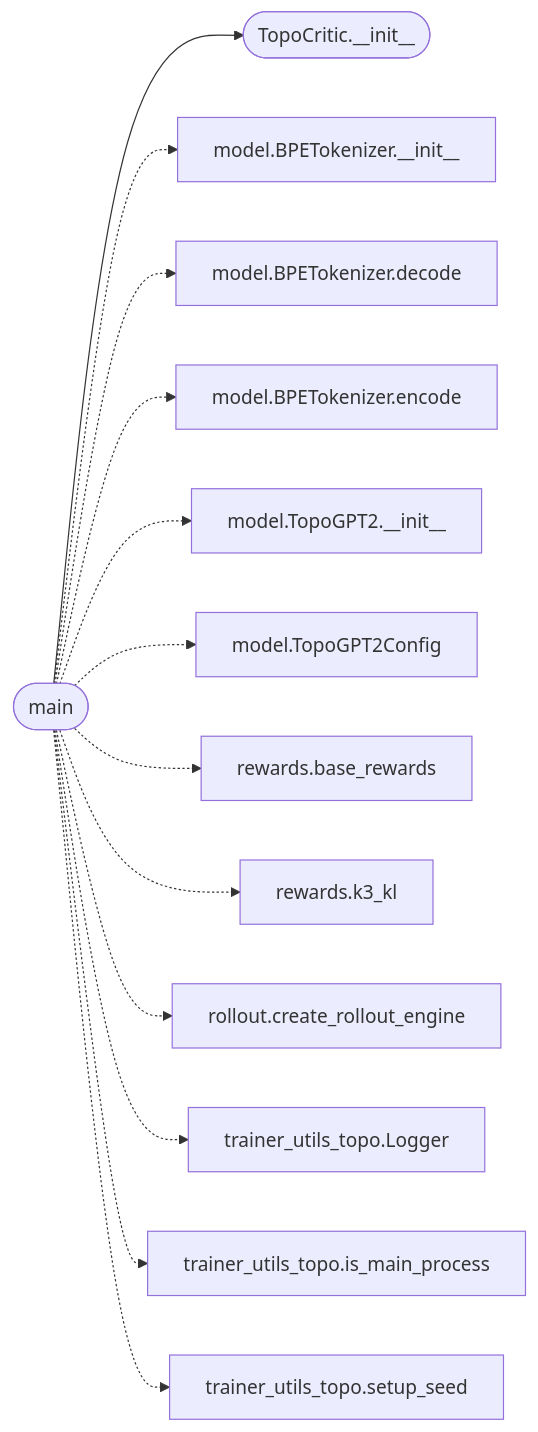
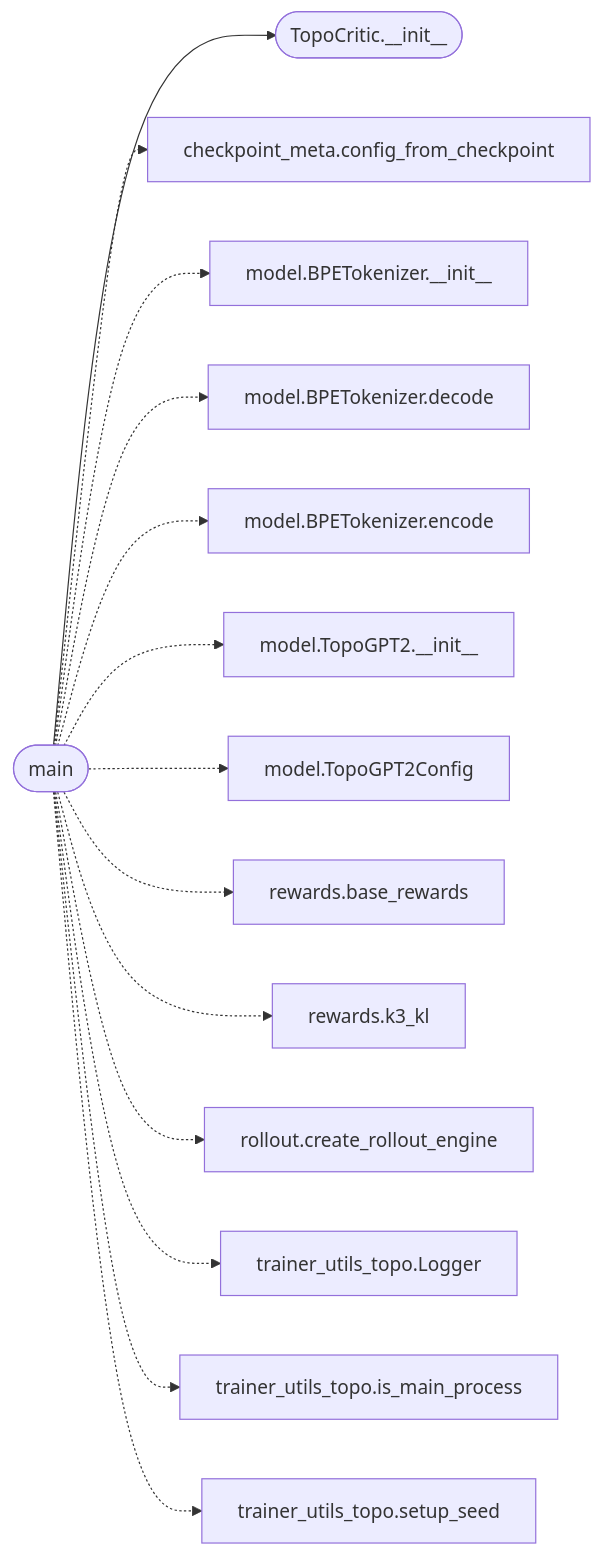
Before and after one commit to grisuno/TopoGPT3: the second of 2 diagrams in readmenator-apidocs/modules/topogpt3.train_ppo.py.md, drawn with Mermaid. The commit also changed other lines of this file and 185 other files, not shown here.

````diff
--- a/readmenator-apidocs/modules/topogpt3.train_ppo.py.md
+++ b/readmenator-apidocs/modules/topogpt3.train_ppo.py.md
@@ -30,28 +30,30 @@
 ```mermaid
 flowchart LR
     n_topogpt3_train_ppo_py__main(["main"])
     n_topogpt3_train_ppo_py__TopoCritic___init__(["TopoCritic.__init__"])
+    n_topogpt3_checkpoint_meta_py__config_from_checkpoint["checkpoint_meta.config_from_checkpoint"]
     n_topogpt3_model_py__BPETokenizer___init__["model.BPETokenizer.__init__"]
     n_topogpt3_model_py__BPETokenizer_decode["model.BPETokenizer.decode"]
     n_topogpt3_model_py__BPETokenizer_encode["model.BPETokenizer.encode"]
     n_topogpt3_model_py__TopoGPT2___init__["model.TopoGPT2.__init__"]
     n_topogpt3_model_py__TopoGPT2Config["model.TopoGPT2Config"]
     n_topogpt3_rewards_py__base_rewards["rewards.base_rewards"]
     n_topogpt3_rewards_py__k3_kl["rewards.k3_kl"]
     n_topogpt3_rollout_py__create_rollout_engine["rollout.create_rollout_engine"]
     n_topogpt3_trainer_utils_topo_py__Logger["trainer_utils_topo.Logger"]
     n_topogpt3_trainer_utils_topo_py__is_main_process["trainer_utils_topo.is_main_process"]
     n_topogpt3_trainer_utils_topo_py__setup_seed["trainer_utils_topo.setup_seed"]
     n_topogpt3_train_ppo_py__main --> n_topogpt3_train_ppo_py__TopoCritic___init__
+    n_topogpt3_train_ppo_py__main -.-> n_topogpt3_checkpoint_meta_py__config_from_checkpoint
     n_topogpt3_train_ppo_py__main -.-> n_topogpt3_model_py__BPETokenizer___init__
     n_topogpt3_train_ppo_py__main -.-> n_topogpt3_model_py__BPETokenizer_decode
     n_topogpt3_train_ppo_py__main -.-> n_topogpt3_model_py__BPETokenizer_encode
     n_topogpt3_train_ppo_py__main -.-> n_topogpt3_model_py__TopoGPT2___init__
     n_topogpt3_train_ppo_py__main -.-> n_topogpt3_model_py__TopoGPT2Config
     n_topogpt3_train_ppo_py__main -.-> n_topogpt3_rewards_py__base_rewards
     n_topogpt3_train_ppo_py__main -.-> n_topogpt3_rewards_py__k3_kl
     n_topogpt3_train_ppo_py__main -.-> n_topogpt3_rollout_py__create_rollout_engine
     n_topogpt3_train_ppo_py__main -.-> n_topogpt3_trainer_utils_topo_py__Logger
     n_topogpt3_train_ppo_py__main -.-> n_topogpt3_trainer_utils_topo_py__is_main_process
     n_topogpt3_train_ppo_py__main -.-> n_topogpt3_trainer_utils_topo_py__setup_seed
 ```
````
